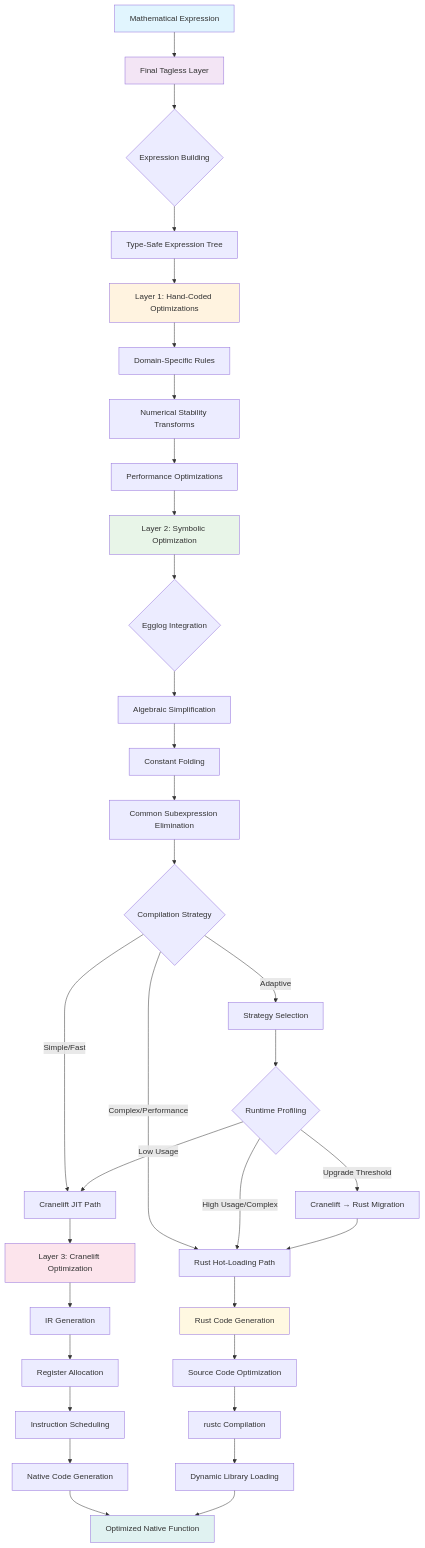
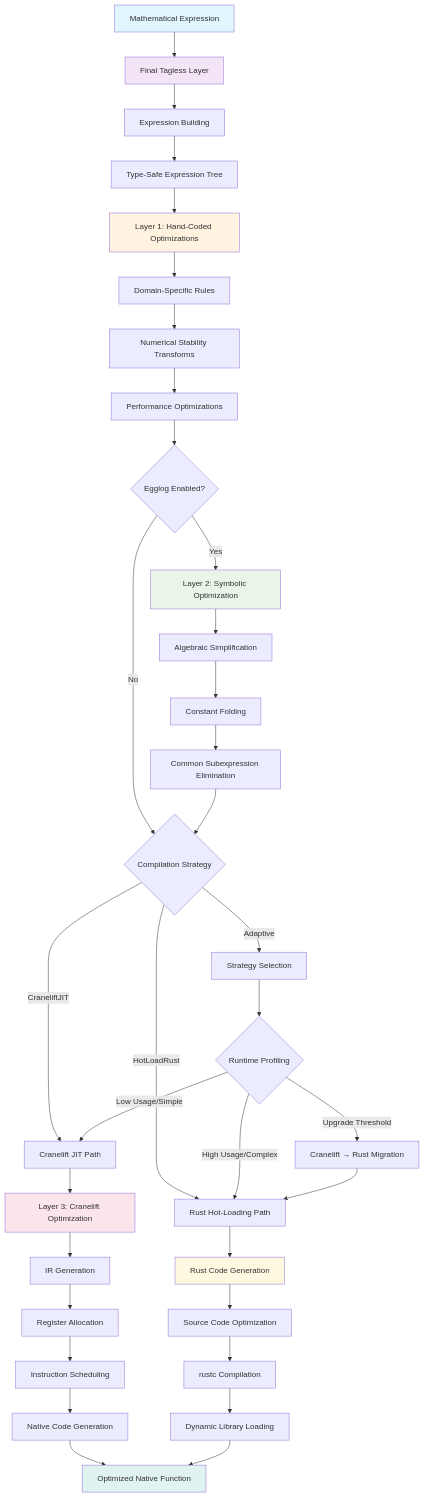
Before and after one commit to cscherrer/dslcompile: the diagram in README.md, drawn with Mermaid. The commit also changed other lines of this file, not shown here.

````diff
--- a/README.md
+++ b/README.md
@@ -24,50 +24,52 @@
 ```mermaid
 graph TD
     A[Mathematical Expression] --> B[Final Tagless Layer]
-    B --> C{Expression Building}
+    B --> C[Expression Building]
     C --> D[Type-Safe Expression Tree]
     
     D --> E[Layer 1: Hand-Coded Optimizations]
     E --> F[Domain-Specific Rules]
     F --> G[Numerical Stability Transforms]
     G --> H[Performance Optimizations]
     
-    H --> I[Layer 2: Symbolic Optimization]
-    I --> J{Egglog Integration}
+    H --> I{Egglog Enabled?}
+    I -->|Yes| J[Layer 2: Symbolic Optimization]
+    I -->|No| N{Compilation Strategy}
+    
     J --> K[Algebraic Simplification]
     K --> L[Constant Folding]
     L --> M[Common Subexpression Elimination]
+    M --> N
     
-    M --> N{Compilation Strategy}
-    N -->|Simple/Fast| O[Cranelift JIT Path]
-    N -->|Complex/Performance| P[Rust Hot-Loading Path]
+    N -->|CraneliftJIT| O[Cranelift JIT Path]
+    N -->|HotLoadRust| P[Rust Hot-Loading Path]
     N -->|Adaptive| Q[Strategy Selection]
     
     O --> R[Layer 3: Cranelift Optimization]
     R --> S[IR Generation]
     S --> T[Register Allocation]
     T --> U[Instruction Scheduling]
     U --> V[Native Code Generation]
     
     P --> W[Rust Code Generation]
     W --> X[Source Code Optimization]
     X --> Y[rustc Compilation]
     Y --> Z[Dynamic Library Loading]
     
     Q --> AA{Runtime Profiling}
-    AA -->|Low Usage| O
+    AA -->|Low Usage/Simple| O
     AA -->|High Usage/Complex| P
     AA -->|Upgrade Threshold| AB[Cranelift → Rust Migration]
     AB --> P
     
     V --> AC[Optimized Native Function]
     Z --> AC
     
     style A fill:#e1f5fe
     style B fill:#f3e5f5
     style E fill:#fff3e0
-    style I fill:#e8f5e8
+    style J fill:#e8f5e8
     style R fill:#fce4ec
     style W fill:#fff8e1
     style AC fill:#e0f2f1
 ```
````
